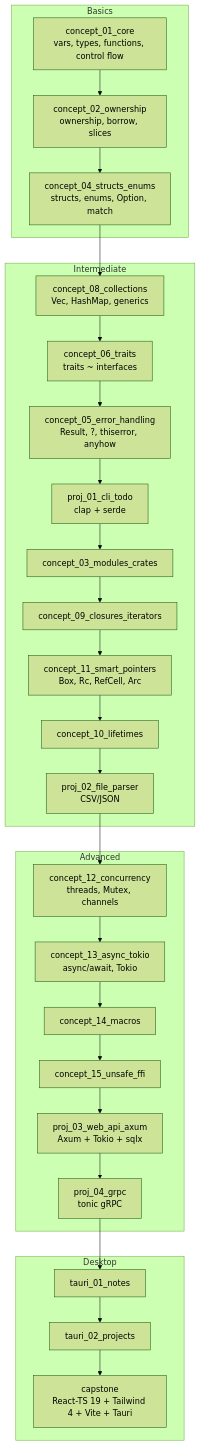
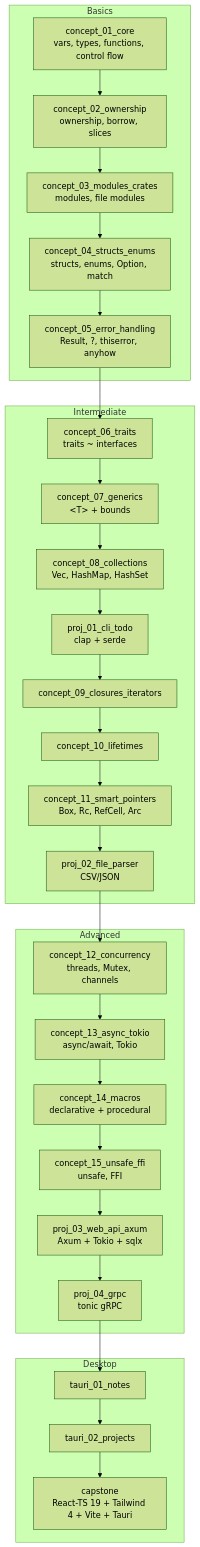
Before and after one commit to devravinder/learn-rust: the diagram in README.md, drawn with Mermaid (forest theme). The commit also changed other lines of this file and 12 other files, not shown here.

Commit message:
docs: finalize roadmap links

````diff
--- a/README.md
+++ b/README.md
@@ -43,31 +43,32 @@
 ```mermaid
 graph TD
     subgraph Basics
         A[concept_01_core<br/>vars, types, functions, control flow] --> B[concept_02_ownership<br/>ownership, borrow, slices]
-        B --> C[concept_04_structs_enums<br/>structs, enums, Option, match]
+        B --> C[concept_03_modules_crates<br/>modules, file modules]
+        C --> D[concept_04_structs_enums<br/>structs, enums, Option, match]
+        D --> E[concept_05_error_handling<br/>Result, ?, thiserror, anyhow]
     end
     subgraph Intermediate
-        C --> D[concept_08_collections<br/>Vec, HashMap, generics]
-        D --> E[concept_06_traits<br/>traits ~ interfaces]
-        E --> F[concept_05_error_handling<br/>Result, ?, thiserror, anyhow]
-        F --> P1[proj_01_cli_todo<br/>clap + serde]
-        P1 --> G[concept_03_modules_crates]
-        G --> H[concept_09_closures_iterators]
-        H --> I[concept_11_smart_pointers<br/>Box, Rc, RefCell, Arc]
+        E --> F[concept_06_traits<br/>traits ~ interfaces]
+        F --> G[concept_07_generics<br/>&lt;T&gt; + bounds]
+        G --> H[concept_08_collections<br/>Vec, HashMap, HashSet]
+        H --> P1[proj_01_cli_todo<br/>clap + serde]
+        P1 --> I[concept_09_closures_iterators]
         I --> J[concept_10_lifetimes]
-        J --> P2[proj_02_file_parser<br/>CSV/JSON]
+        J --> K[concept_11_smart_pointers<br/>Box, Rc, RefCell, Arc]
+        K --> P2[proj_02_file_parser<br/>CSV/JSON]
     end
     subgraph Advanced
-        P2 --> K[concept_12_concurrency<br/>threads, Mutex, channels]
-        K --> L[concept_13_async_tokio<br/>async/await, Tokio]
-        L --> M[concept_14_macros]
-        M --> N[concept_15_unsafe_ffi]
-        N --> P3[proj_03_web_api_axum<br/>Axum + Tokio + sqlx]
+        P2 --> L[concept_12_concurrency<br/>threads, Mutex, channels]
+        L --> M[concept_13_async_tokio<br/>async/await, Tokio]
+        M --> N[concept_14_macros<br/>declarative + procedural]
+        N --> O[concept_15_unsafe_ffi<br/>unsafe, FFI]
+        O --> P3[proj_03_web_api_axum<br/>Axum + Tokio + sqlx]
         P3 --> P4[proj_04_grpc<br/>tonic gRPC]
     end
     subgraph Desktop
         P4 --> T1[tauri_01_notes]
         T1 --> T2[tauri_02_projects]
         T2 --> CAP[capstone<br/>React-TS 19 + Tailwind 4 + Vite + Tauri]
     end
 ```
````
